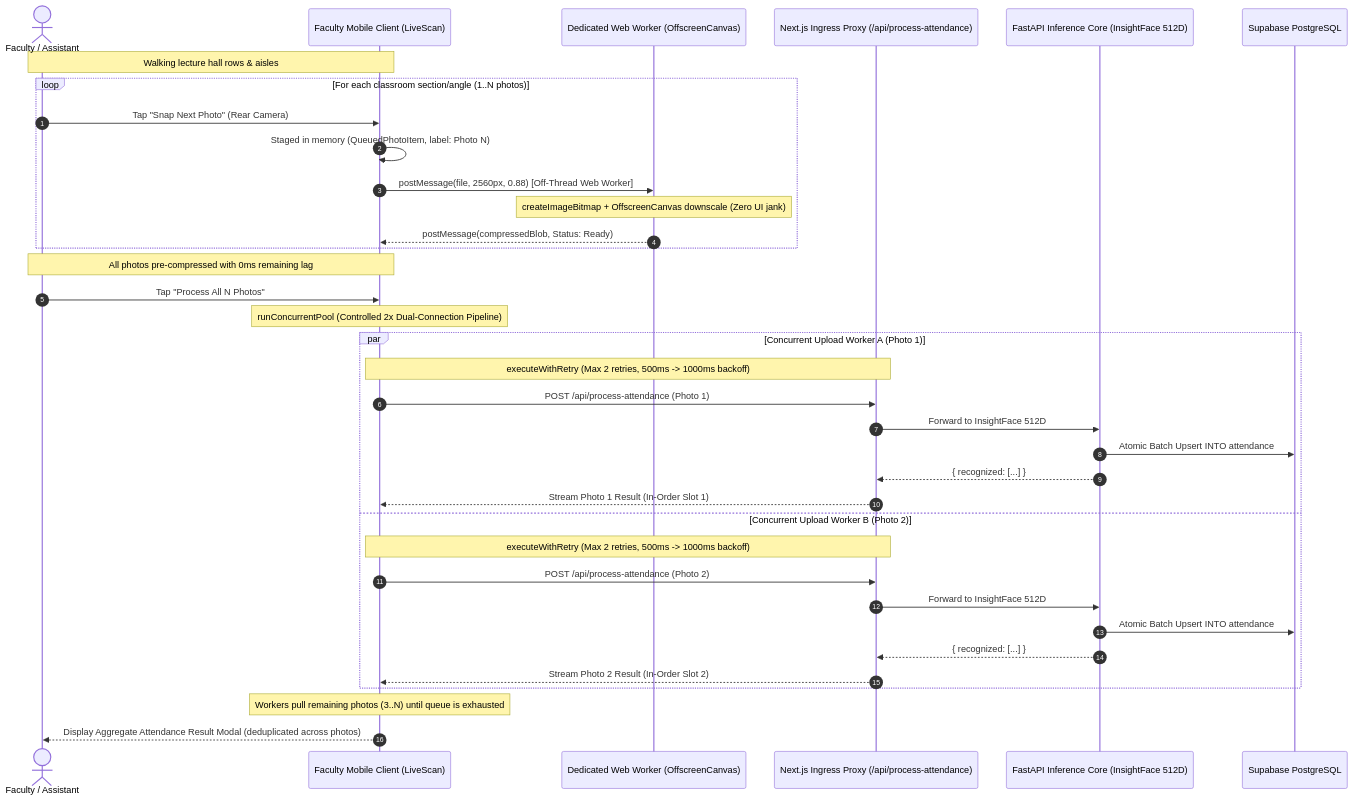
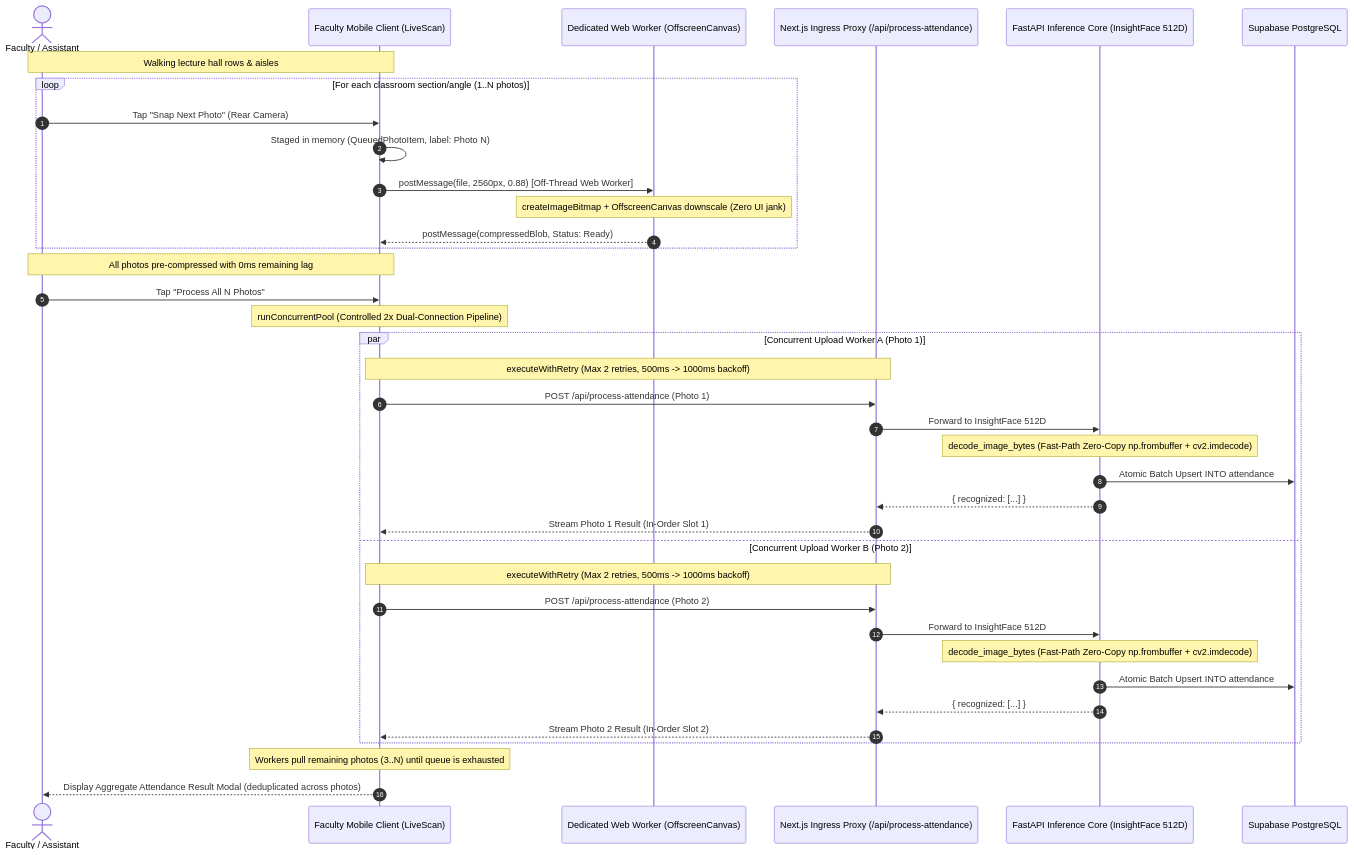
The third of 3 diagrams in docs/architecture-vault/01_SYSTEM_TOPOLOGY_AND_DATA_FLOW.md (saiff99/attendance), drawn with Mermaid before and after one commit. The commit also changed 7 other files, not shown here.

Commit message:
feat(perf): fast-path onnx runtime thread optimization and memory-mapped image decoding (Issue 5)

````diff
--- a/docs/architecture-vault/01_SYSTEM_TOPOLOGY_AND_DATA_FLOW.md
+++ b/docs/architecture-vault/01_SYSTEM_TOPOLOGY_AND_DATA_FLOW.md
@@ -169,40 +169,42 @@
 ```mermaid
 sequenceDiagram
     autonumber
     actor F as Faculty / Assistant
     participant FE as Faculty Mobile Client (LiveScan)
     participant Worker as Dedicated Web Worker (OffscreenCanvas)
     participant Proxy as Next.js Ingress Proxy (/api/process-attendance)
     participant AI as FastAPI Inference Core (InsightFace 512D)
     participant DB as Supabase PostgreSQL
 
     Note over F, FE: Walking lecture hall rows & aisles
     loop For each classroom section/angle (1..N photos)
         F->>FE: Tap "Snap Next Photo" (Rear Camera)
         FE->>FE: Staged in memory (QueuedPhotoItem, label: Photo N)
         FE->>Worker: postMessage(file, 2560px, 0.88) [Off-Thread Web Worker]
         Note over Worker: createImageBitmap + OffscreenCanvas downscale (Zero UI jank)
         Worker-->>FE: postMessage(compressedBlob, Status: Ready)
     end
 
     Note over F, FE: All photos pre-compressed with 0ms remaining lag
     F->>FE: Tap "Process All N Photos"
     Note over FE: runConcurrentPool (Controlled 2x Dual-Connection Pipeline)
     par Concurrent Upload Worker A (Photo 1)
         Note over FE, Proxy: executeWithRetry (Max 2 retries, 500ms -> 1000ms backoff)
         FE->>Proxy: POST /api/process-attendance (Photo 1)
         Proxy->>AI: Forward to InsightFace 512D
+        Note over AI: decode_image_bytes (Fast-Path Zero-Copy np.frombuffer + cv2.imdecode)
         AI->>DB: Atomic Batch Upsert INTO attendance
         AI-->>Proxy: { recognized: [...] }
         Proxy-->>FE: Stream Photo 1 Result (In-Order Slot 1)
     and Concurrent Upload Worker B (Photo 2)
         Note over FE, Proxy: executeWithRetry (Max 2 retries, 500ms -> 1000ms backoff)
         FE->>Proxy: POST /api/process-attendance (Photo 2)
         Proxy->>AI: Forward to InsightFace 512D
+        Note over AI: decode_image_bytes (Fast-Path Zero-Copy np.frombuffer + cv2.imdecode)
         AI->>DB: Atomic Batch Upsert INTO attendance
         AI-->>Proxy: { recognized: [...] }
         Proxy-->>FE: Stream Photo 2 Result (In-Order Slot 2)
     end
     Note over FE: Workers pull remaining photos (3..N) until queue is exhausted
     FE-->>F: Display Aggregate Attendance Result Modal (deduplicated across photos)
 ```
````
